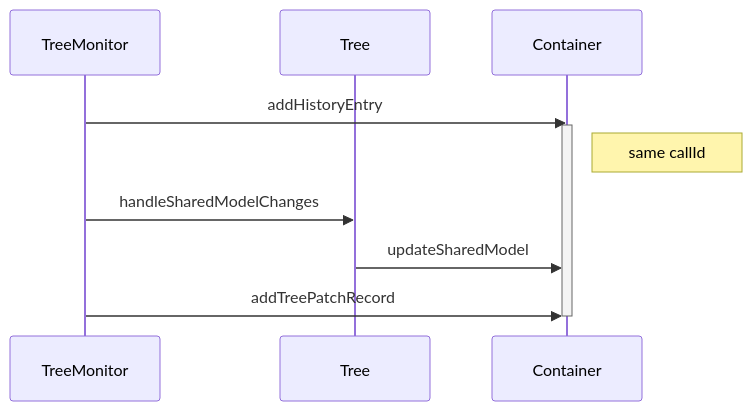
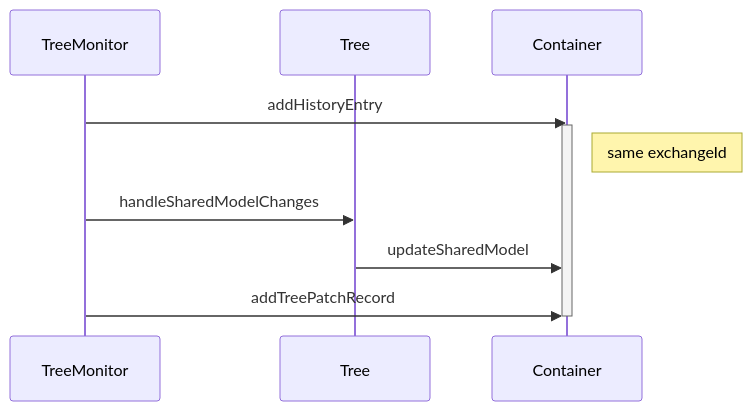
Before and after one commit to concord-consortium/collaborative-learning: the fifth of 6 diagrams in docs/history-framework.md, drawn with Mermaid. The commit also changed other lines of this file and 8 other files, not shown here.

First line of the commit message:
rename callId to exchangeId

````diff
--- a/docs/history-framework.md
+++ b/docs/history-framework.md
@@ -169,13 +169,13 @@
 ```mermaid
 sequenceDiagram
   participant TreeMonitor
   participant Tree
   participant Container
   TreeMonitor->>Container: addHistoryEntry
   activate Container
-  Note right of Container: same callId 
+  Note right of Container: same exchangeId 
   TreeMonitor->>Tree: handleSharedModelChanges
   Tree->>Container: updateSharedModel
   TreeMonitor->>Container: addTreePatchRecord
   deactivate Container
 ```
````
